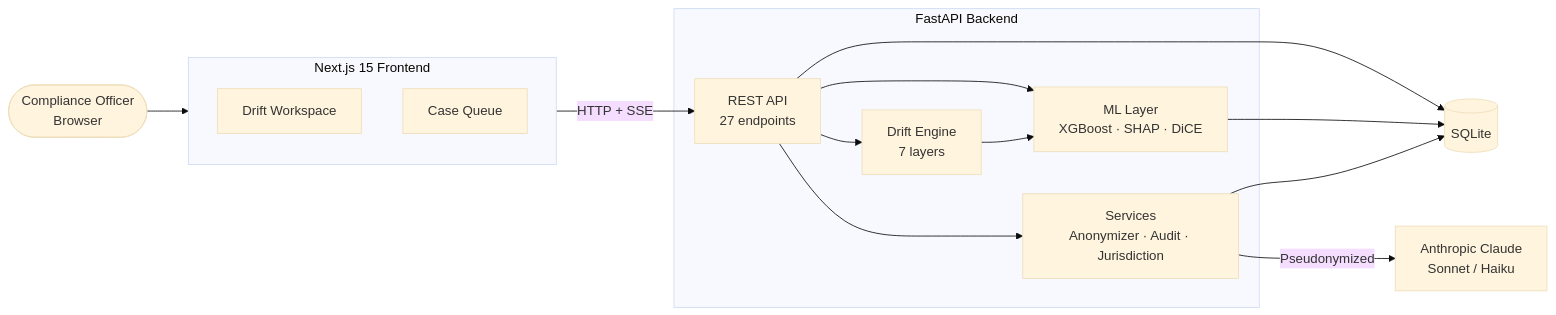
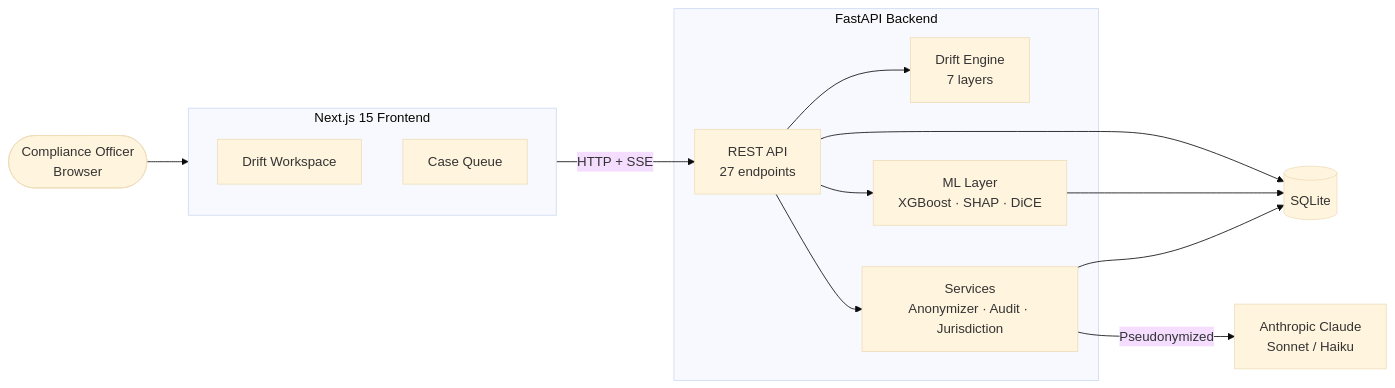
The diagram in README.md (SteveDok22/Swisshacks-2026), drawn with Mermaid (base theme) before and after one commit. The commit also changed 2 other files, not shown here.

Commit message:
docs: correct false SHAP claims in drift architecture diagrams
T1 of the drift cost cascade uses statistical LLR layer scoring, not
XGBoost+SHAP. The drift engine is independent of the ML layer — SHAP
only applies to the transaction case scoring path.

````diff
--- a/README.md
+++ b/README.md
@@ -118,26 +118,25 @@
 ```mermaid
 flowchart LR
     Officer(["Compliance Officer\nBrowser"])
 
     subgraph FE["Next.js 15 Frontend"]
         DW[Drift Workspace]
         CQ[Case Queue]
     end
 
     subgraph BE["FastAPI Backend"]
         API["REST API\n27 endpoints"]
         DE["Drift Engine\n7 layers"]
         ML["ML Layer\nXGBoost · SHAP · DiCE"]
         Svcs["Services\nAnonymizer · Audit · Jurisdiction"]
     end
 
     Claude["Anthropic Claude\nSonnet / Haiku"]
     DB[("SQLite")]
 
     Officer --> FE
     FE -->|HTTP + SSE| API
     API --> DE & ML & Svcs
-    DE --> ML
     Svcs -->|Pseudonymized| Claude
     API & ML & Svcs --> DB
 ```
````
